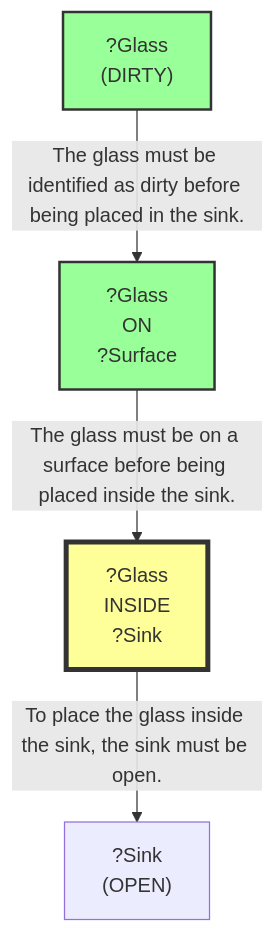
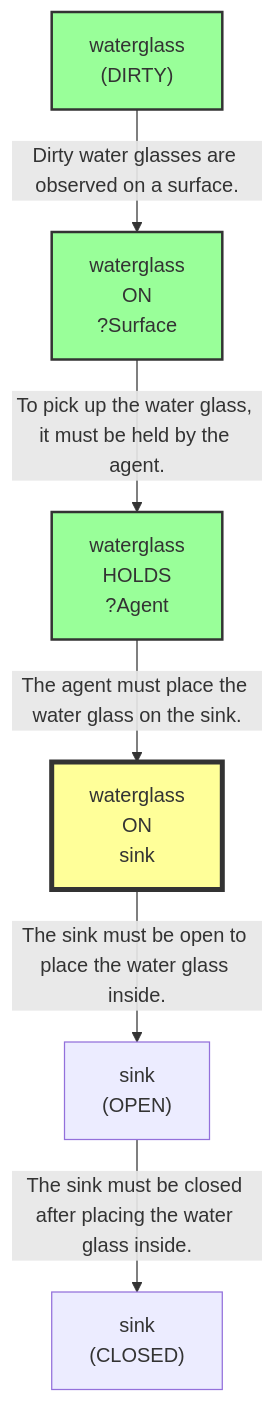
Before and after one commit to scuama/virtualhome: the tenth of 10 diagrams in evaluation/results/table4/_raw/qwen/run_T4_qwen_M1_03.md, drawn with Mermaid. The commit also changed other lines of this file and 368 other files, not shown here.

````diff
--- a/evaluation/results/table4/_raw/qwen/run_T4_qwen_M1_03.md
+++ b/evaluation/results/table4/_raw/qwen/run_T4_qwen_M1_03.md
@@ -1102,13 +847,18 @@
 ```mermaid
 graph TD
-    N1["?Glass<br>(DIRTY)"]
+    N1["waterglass<br>(DIRTY)"]
     style N1 fill:#9f9,stroke:#333,stroke-width:2px
-    N2["?Glass<br>ON<br>?Surface"]
+    N2["waterglass<br>ON<br>?Surface"]
     style N2 fill:#9f9,stroke:#333,stroke-width:2px
-    N3["?Glass<br>INSIDE<br>?Sink"]
-    style N3 fill:#ff9,stroke:#333,stroke-width:4px
-    N4["?Sink<br>(OPEN)"]
-    N3 -->|"To place the glass inside the sink, the sink must be open."| N4
-    N2 -->|"The glass must be on a surface before being placed inside the sink."| N3
-    N1 -->|"The glass must be identified as dirty before being placed in the sink."| N2
+    N3["waterglass<br>HOLDS<br>?Agent"]
+    style N3 fill:#9f9,stroke:#333,stroke-width:2px
+    N4["waterglass<br>ON<br>sink"]
+    style N4 fill:#ff9,stroke:#333,stroke-width:4px
+    N5["sink<br>(OPEN)"]
+    N6["sink<br>(CLOSED)"]
+    N1 -->|"Dirty water glasses are observed on a surface."| N2
+    N2 -->|"To pick up the water glass, it must be held by the agent."| N3
+    N3 -->|"The agent must place the water glass on the sink."| N4
+    N4 -->|"The sink must be open to place the water glass inside."| N5
+    N5 -->|"The sink must be closed after placing the water glass inside."| N6
 ```
````
